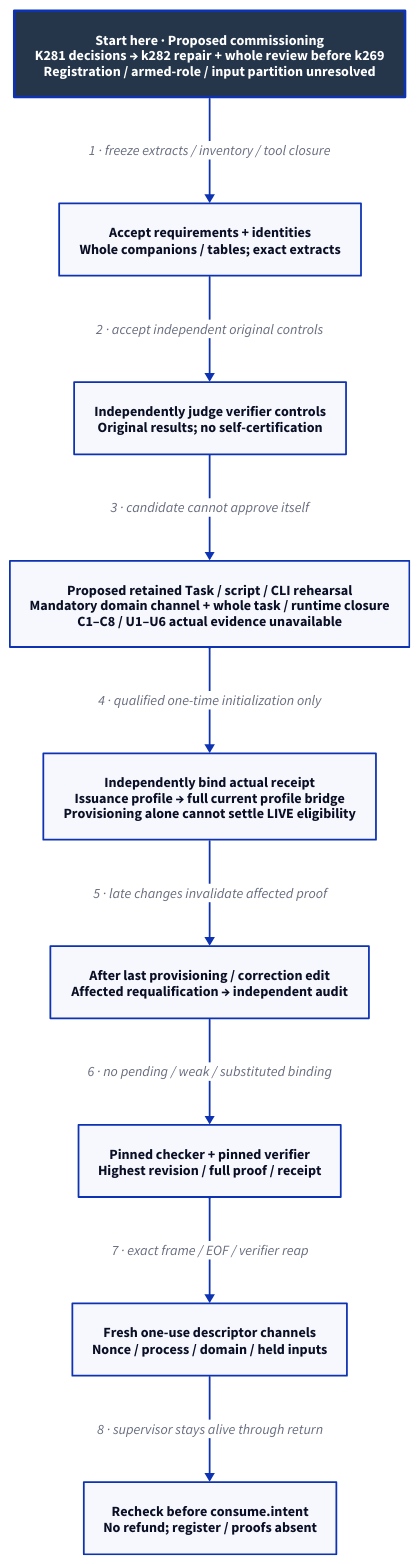
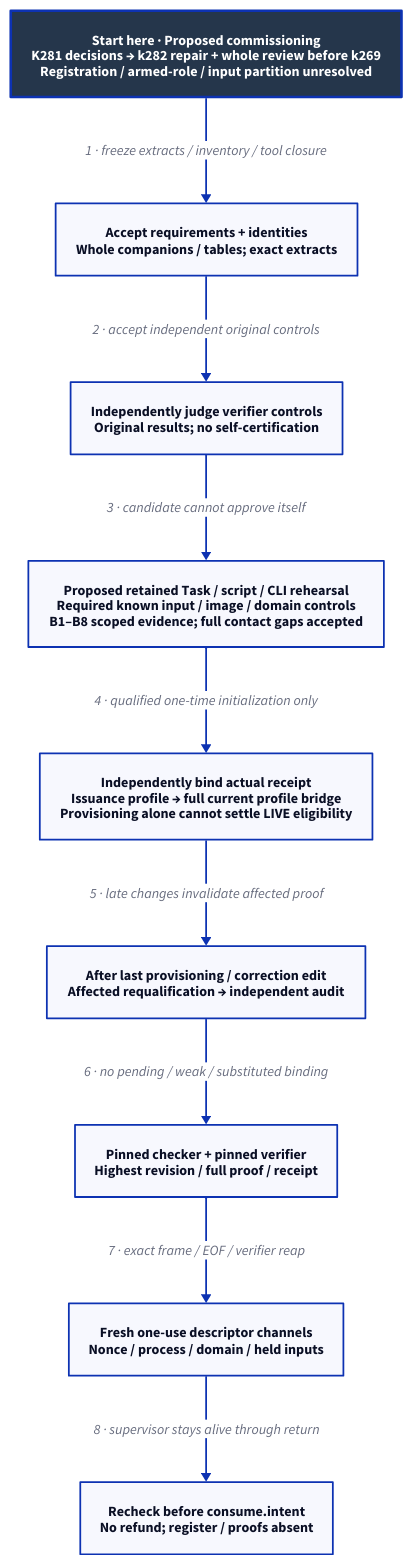
One commit to Linkuistics/Koine changed the diagram in docs/design/architecture/native-reference-proof.d2. Above: the diagram before and after it, drawn with D2. The commit also changed 31 other files, not shown here.

Commit message:
Apply bounded contact evidence and closed pre-lookup refusals (reference-evidence-prelookup-claims-k284)

```diff
--- a/docs/design/architecture/native-reference-proof.d2
+++ b/docs/design/architecture/native-reference-proof.d2
@@ -1,22 +1,22 @@
 # Proposed dependency flow; root, tools and controls remain unqualified.
 direction: down
 classes: {
   start: {style: {fill: "#25364B"; font-color: "#FFFFFF"; bold: true; stroke-width: 3}}
 }
 Start: "Start here · Proposed commissioning\nK281 decisions → k282 repair + whole review before k269\nRegistration / armed-role / input partition unresolved" {class: start}
 Revision: "Accept requirements + identities\nWhole companions / tables; exact extracts"
 Self: "Independently judge verifier controls\nOriginal results; no self-certification"
-Qualification: "Proposed retained Task / script / CLI rehearsal\nMandatory domain channel + whole task / runtime closure\nC1–C8 / U1–U6 actual evidence unavailable"
+Qualification: "Proposed retained Task / script / CLI rehearsal\nRequired known input / image / domain controls\nB1–B8 scoped evidence; full contact gaps accepted"
 Receipt: "Independently bind actual receipt\nIssuance profile → full current profile bridge\nProvisioning alone cannot settle LIVE eligibility"
 Final: "After last provisioning / correction edit\nAffected requalification → independent audit"
 Checker: "Pinned checker + pinned verifier\nHighest revision / full proof / receipt"
 Channel: "Fresh one-use descriptor channels\nNonce / process / domain / held inputs"
 Boundary: "Recheck before consume.intent\nNo refund; register / proofs absent"
 Start -> Revision: "1 · freeze extracts / inventory / tool closure"
 Revision -> Self: "2 · accept independent original controls"
 Self -> Qualification: "3 · candidate cannot approve itself"
 Qualification -> Receipt: "4 · qualified one-time initialization only"
 Receipt -> Final: "5 · late changes invalidate affected proof"
 Final -> Checker: "6 · no pending / weak / substituted binding"
 Checker -> Channel: "7 · exact frame / EOF / verifier reap"
 Channel -> Boundary: "8 · supervisor stays alive through return"
```
